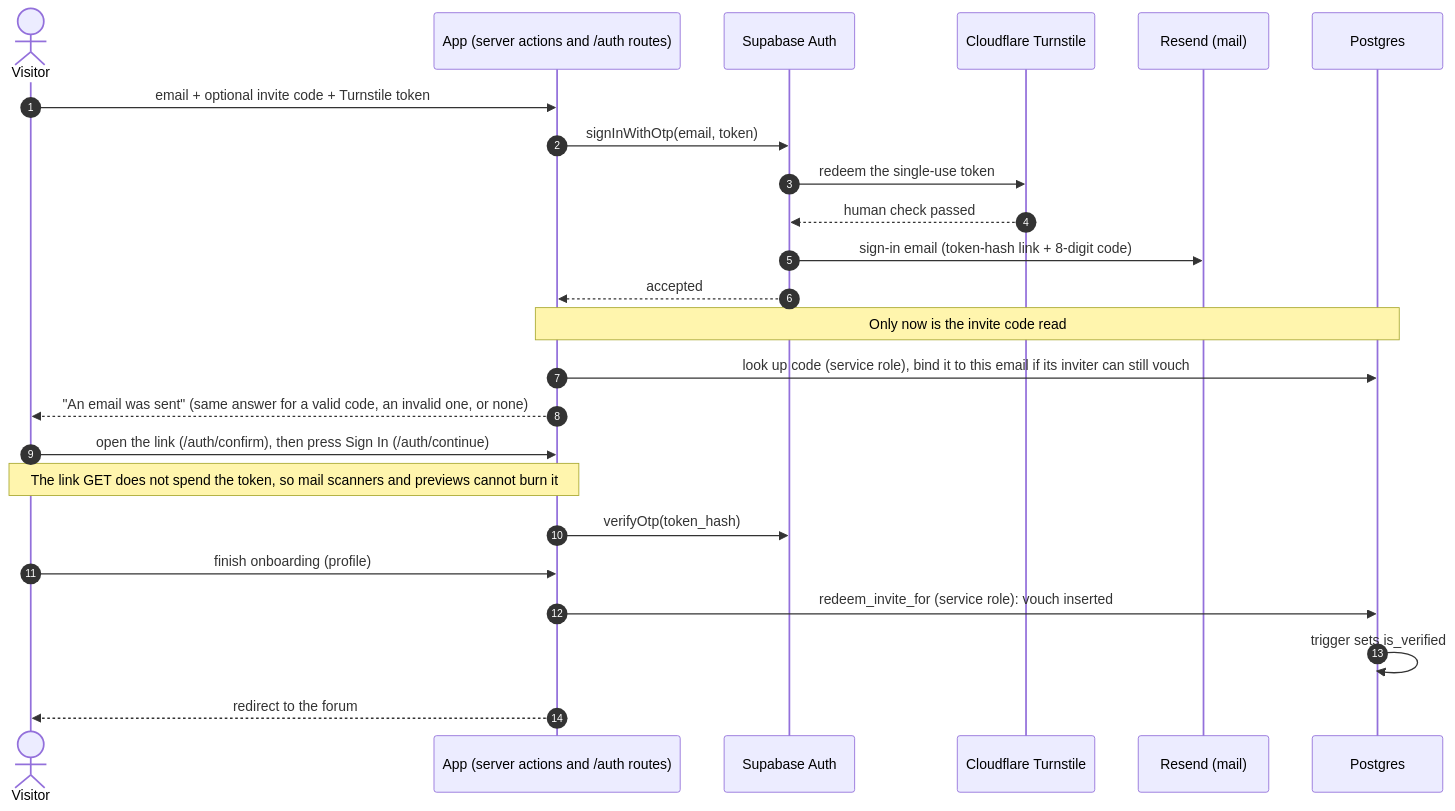
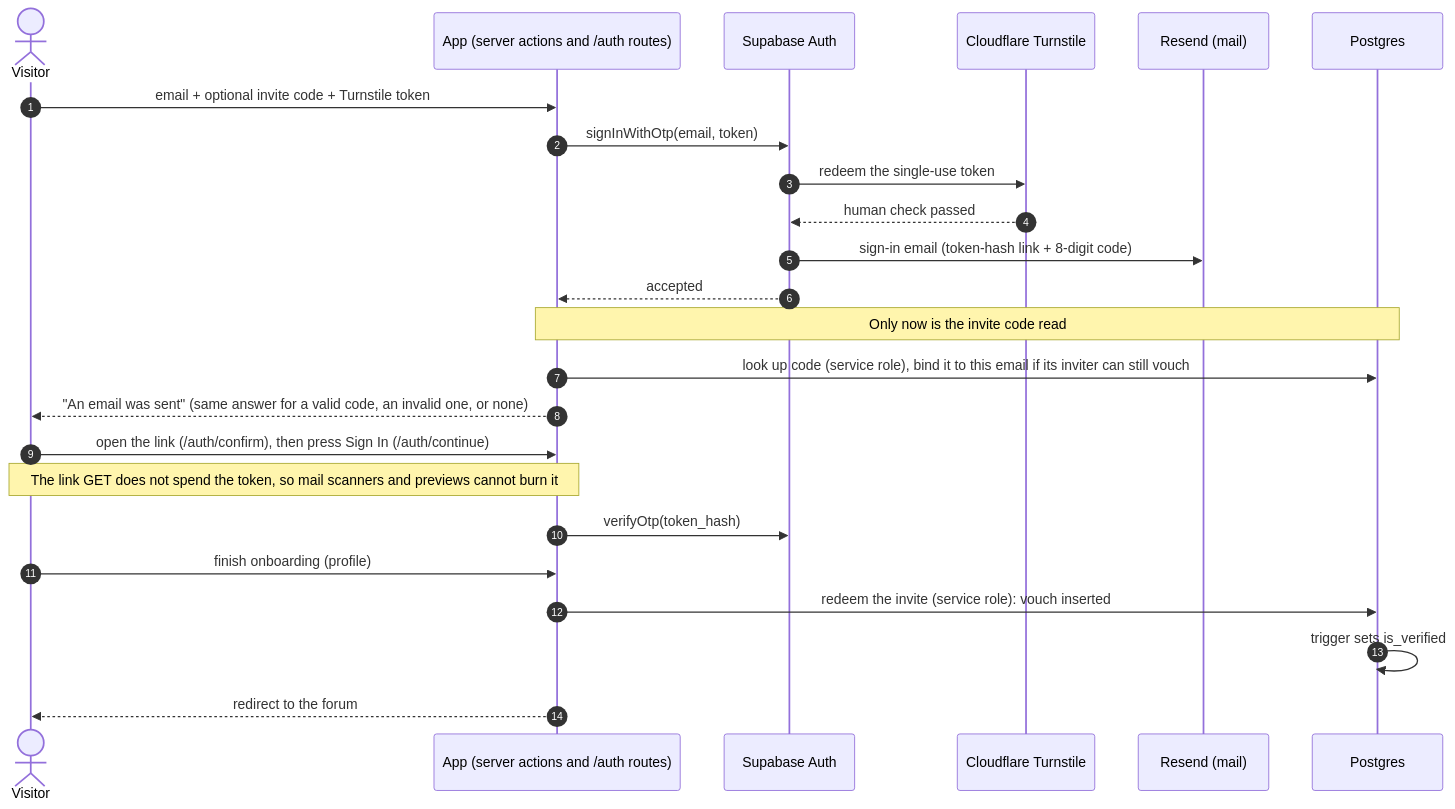
The second of 5 diagrams in docs/architecture.md (AIJSAI/on-the-lees-showcase), drawn with Mermaid before and after one commit. The commit also changed other lines of this file and 2 other files, not shown here.

````diff
--- a/docs/architecture.md
+++ b/docs/architecture.md
@@ -39,27 +39,27 @@
 ```mermaid
 sequenceDiagram
     autonumber
     actor V as Visitor
     participant J as App (server actions and /auth routes)
     participant A as Supabase Auth
     participant T as Cloudflare Turnstile
     participant M as Resend (mail)
     participant DB as Postgres
 
     V->>J: email + optional invite code + Turnstile token
     J->>A: signInWithOtp(email, token)
     A->>T: redeem the single-use token
     T-->>A: human check passed
     A->>M: sign-in email (token-hash link + 8-digit code)
     A-->>J: accepted
     Note over J,DB: Only now is the invite code read
     J->>DB: look up code (service role), bind it to this email if its inviter can still vouch
     J-->>V: "An email was sent" (same answer for a valid code, an invalid one, or none)
     V->>J: open the link (/auth/confirm), then press Sign In (/auth/continue)
     Note over V,J: The link GET does not spend the token, so mail scanners and previews cannot burn it
     J->>A: verifyOtp(token_hash)
     V->>J: finish onboarding (profile)
-    J->>DB: redeem_invite_for (service role): vouch inserted
+    J->>DB: redeem the invite (service role): vouch inserted
     DB->>DB: trigger sets is_verified
     J-->>V: redirect to the forum
 ```
````
